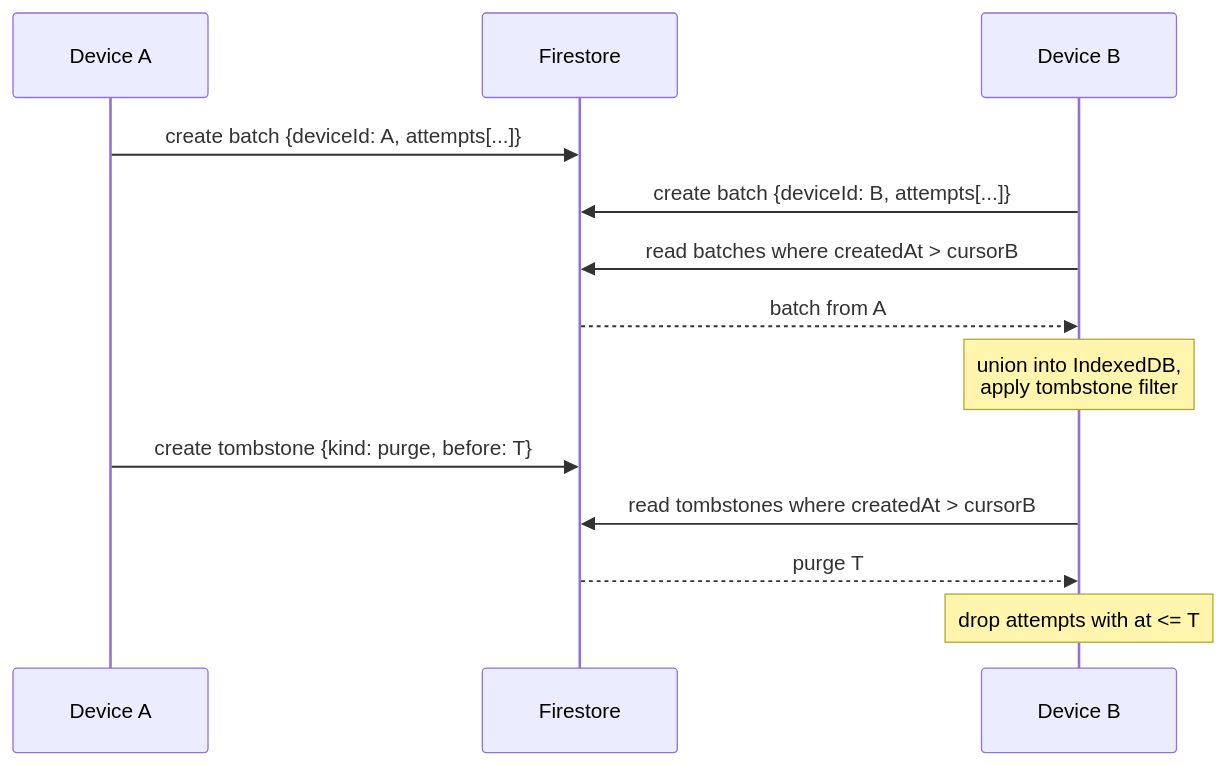
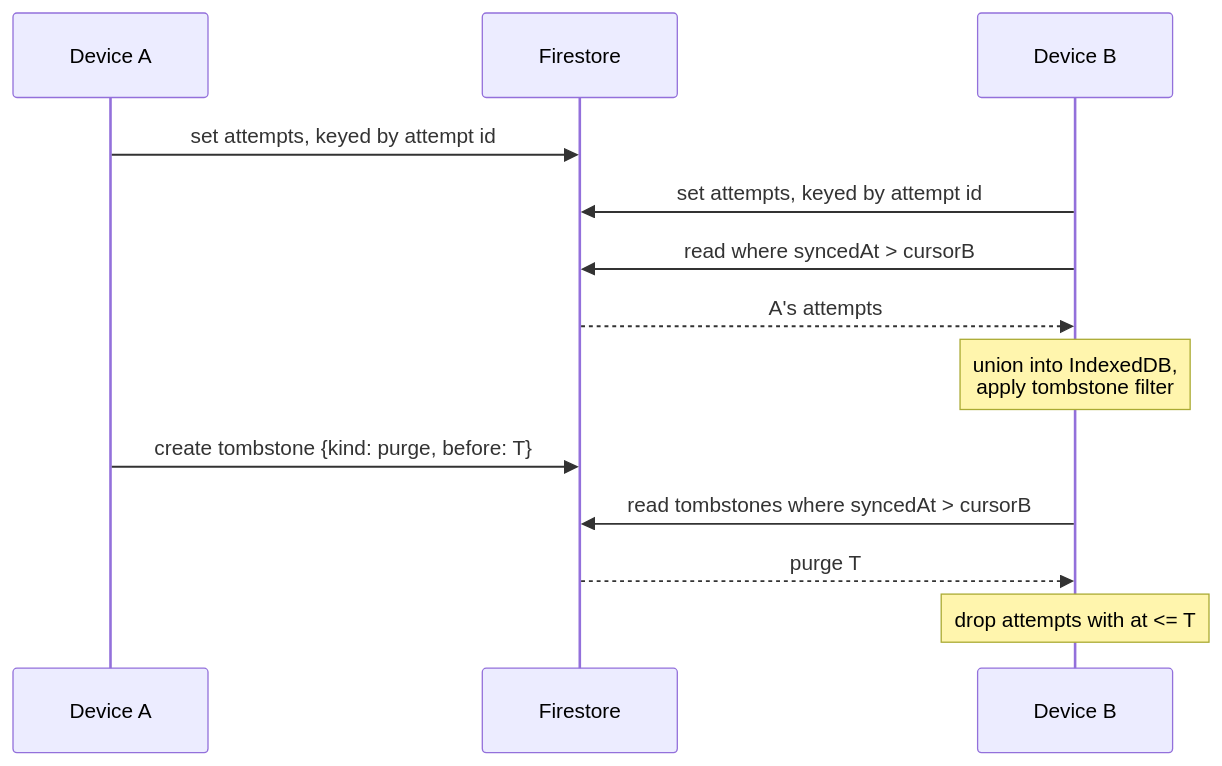
Before and after one commit to qqandbella/math-trainer: the second of 2 diagrams in docs/design/cloud-sync.md, drawn with Mermaid. The commit also changed other lines of this file, not shown here.

````diff
--- a/docs/design/cloud-sync.md
+++ b/docs/design/cloud-sync.md
@@ -71,15 +71,15 @@
 ```mermaid
 sequenceDiagram
     participant A as Device A
     participant F as Firestore
     participant B as Device B
-    A->>F: create batch {deviceId: A, attempts[...]}
-    B->>F: create batch {deviceId: B, attempts[...]}
-    B->>F: read batches where createdAt > cursorB
-    F-->>B: batch from A
+    A->>F: set attempts, keyed by attempt id
+    B->>F: set attempts, keyed by attempt id
+    B->>F: read where syncedAt > cursorB
+    F-->>B: A's attempts
     Note over B: union into IndexedDB,<br/>apply tombstone filter
     A->>F: create tombstone {kind: purge, before: T}
-    B->>F: read tombstones where createdAt > cursorB
+    B->>F: read tombstones where syncedAt > cursorB
     F-->>B: purge T
     Note over B: drop attempts with at <= T
 ```
````
